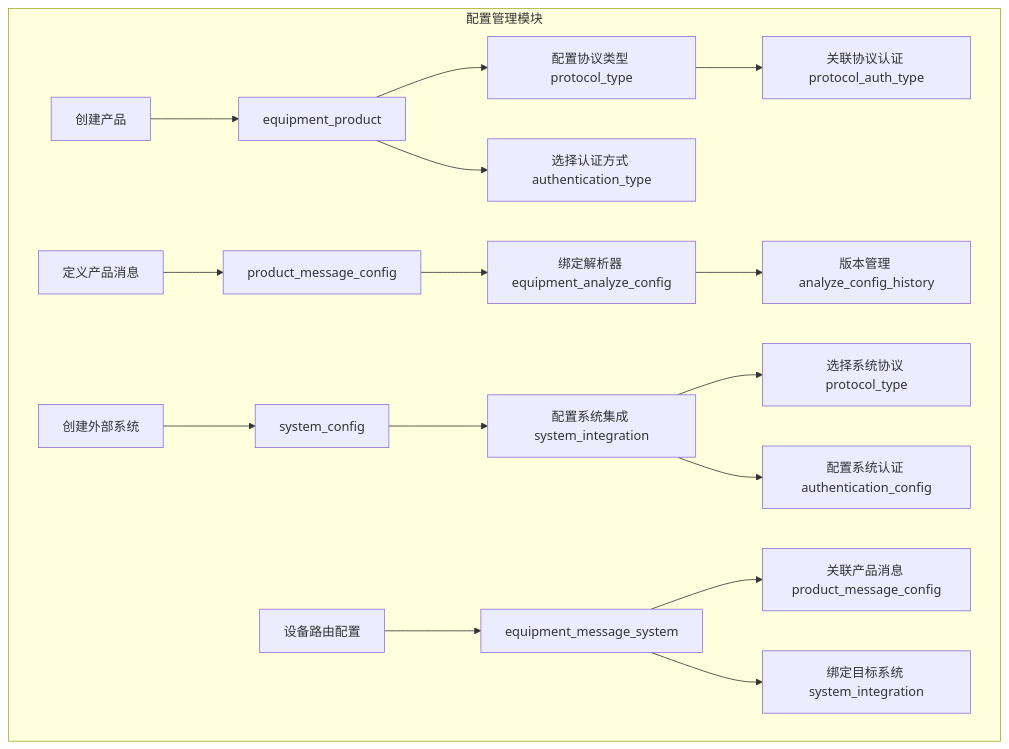
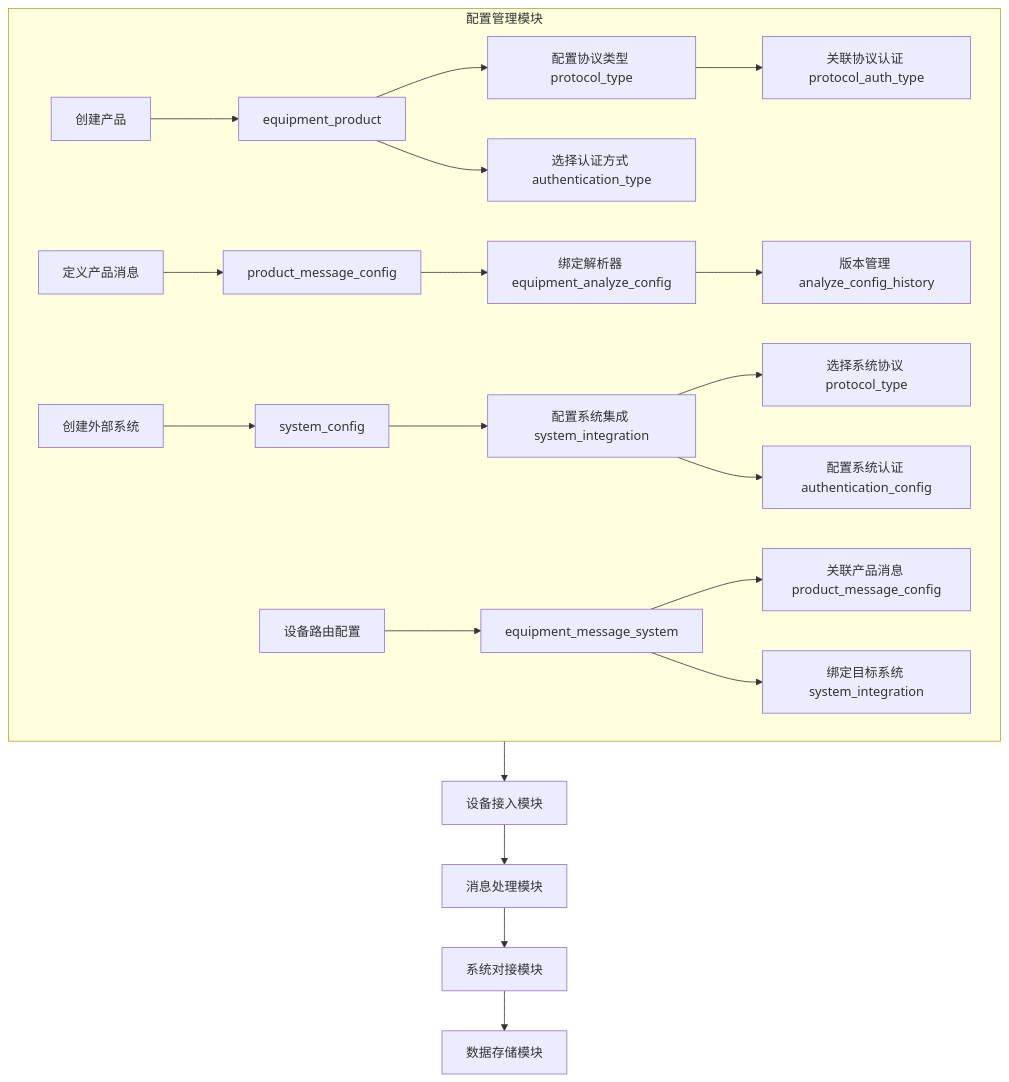
The diagram in all/未命名-5.md (fuyong859050943/iodraw-files), drawn with Mermaid before and after one commit.

Commit message:
2025-02-25 17:37:41 update

````diff
--- a/all/未命名-5.md
+++ b/all/未命名-5.md
@@ -1,23 +1,29 @@
 ```mermaid
 flowchart TD
     subgraph 配置管理模块
         A1[创建产品] --> A2[equipment_product]
         A2 --> A3[配置协议类型 protocol_type]
         A2 --> A4[选择认证方式 authentication_type]
         A3 --> A5[关联协议认证 protocol_auth_type]
         
         B1[定义产品消息] --> B2[product_message_config]
         B2 --> B3[绑定解析器 equipment_analyze_config]
         B3 --> B4[版本管理 analyze_config_history]
         
         C1[创建外部系统] --> C2[system_config]
         C2 --> C3[配置系统集成 system_integration]
         C3 --> C4[选择系统协议 protocol_type]
         C3 --> C5[配置系统认证 authentication_config]
         
         D1[设备路由配置] --> D2[equipment_message_system]
         D2 --> D3[关联产品消息 product_message_config]
         D2 --> D4[绑定目标系统 system_integration]
     end
+    
 
+    
+    配置管理模块 --> 设备接入模块
+    设备接入模块 --> 消息处理模块
+    消息处理模块 --> 系统对接模块
+    系统对接模块 --> 数据存储模块
 ```
````
